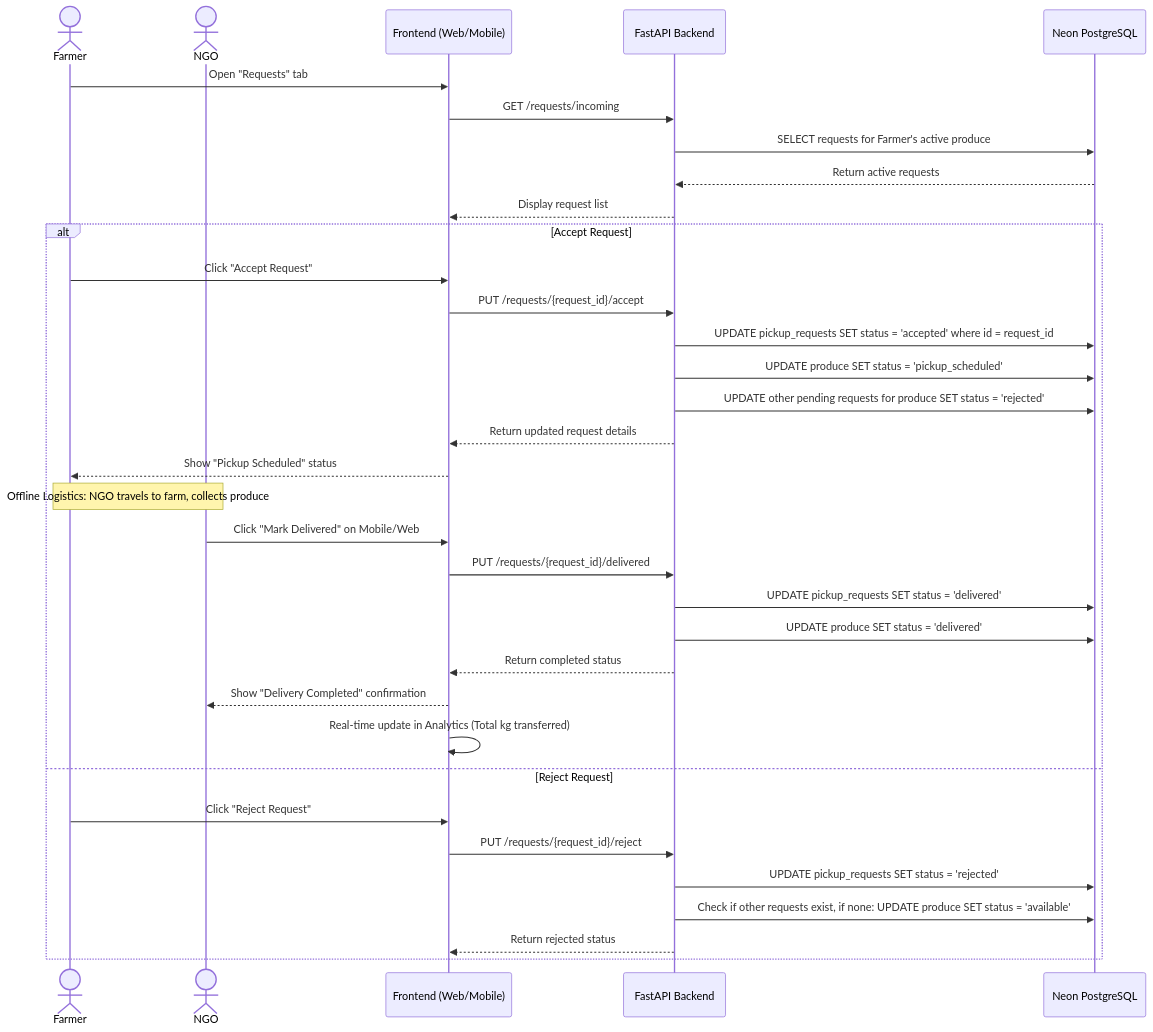
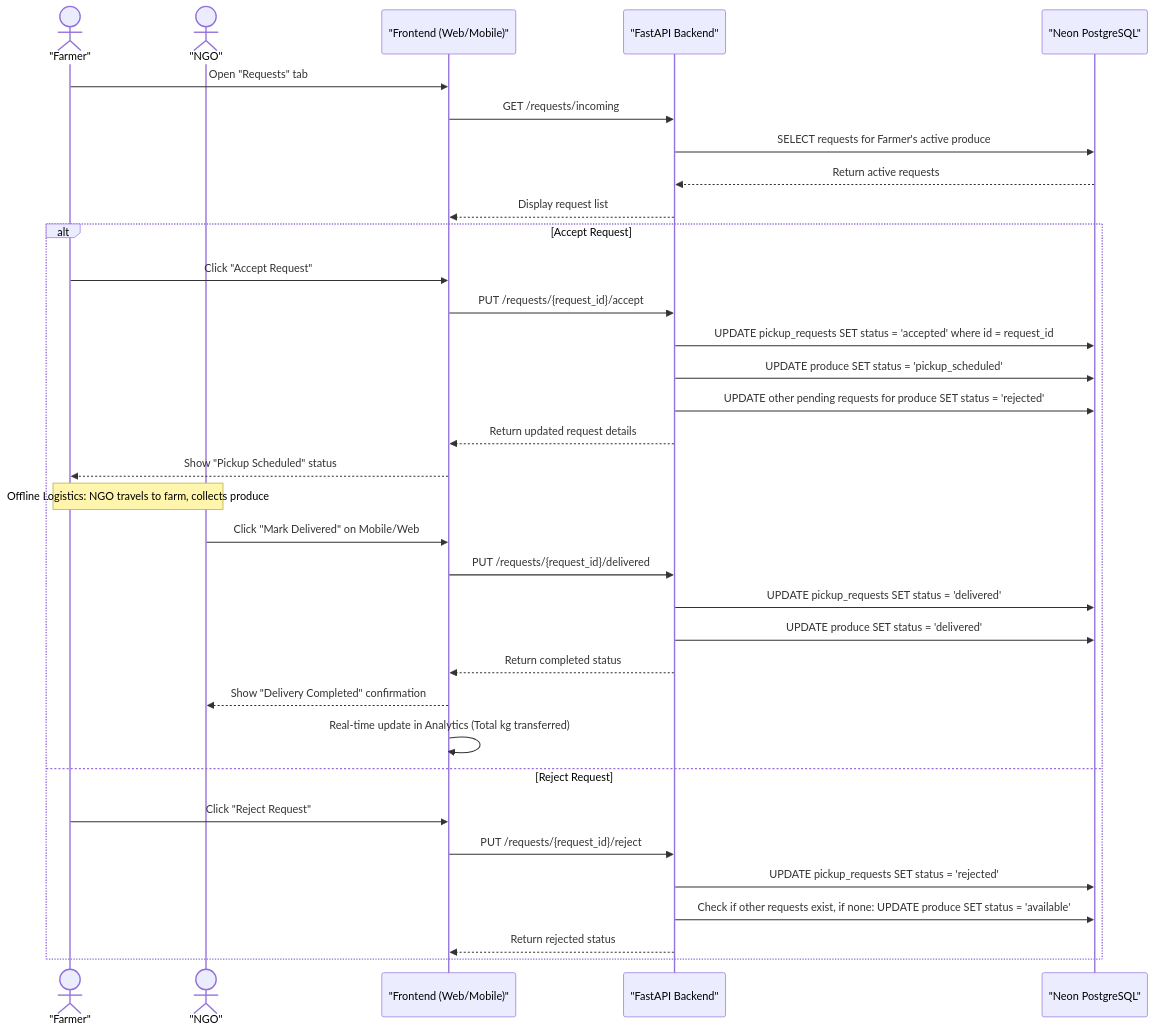
The fourth of 5 diagrams in project_overview_presentation.md (raza-shaikh-ai/Team-Core-4), drawn with Mermaid before and after one commit. The commit also changed other lines of this file and 19 other files, not shown here.

````diff
--- a/project_overview_presentation.md
+++ b/project_overview_presentation.md
@@ -180,40 +186,40 @@
 ```mermaid
 sequenceDiagram
-    actor Farmer
-    actor NGO
-    participant FE as Frontend (Web/Mobile)
-    participant BE as FastAPI Backend
-    participant DB as Neon PostgreSQL
+    actor Farmer as "Farmer"
+    actor NGO as "NGO"
+    participant FE as "Frontend (Web/Mobile)"
+    participant BE as "FastAPI Backend"
+    participant DB as "Neon PostgreSQL"
 
     Farmer->>FE: Open "Requests" tab
     FE->>BE: GET /requests/incoming
     BE->>DB: SELECT requests for Farmer's active produce
     DB-->>BE: Return active requests
     BE-->>FE: Display request list
     
     alt Accept Request
         Farmer->>FE: Click "Accept Request"
         FE->>BE: PUT /requests/{request_id}/accept
         BE->>DB: UPDATE pickup_requests SET status = 'accepted' where id = request_id
         BE->>DB: UPDATE produce SET status = 'pickup_scheduled'
         BE->>DB: UPDATE other pending requests for produce SET status = 'rejected'
         BE-->>FE: Return updated request details
         FE-->>Farmer: Show "Pickup Scheduled" status
         
         Note over NGO, Farmer: Offline Logistics: NGO travels to farm, collects produce
         
         NGO->>FE: Click "Mark Delivered" on Mobile/Web
         FE->>BE: PUT /requests/{request_id}/delivered
         BE->>DB: UPDATE pickup_requests SET status = 'delivered'
         BE->>DB: UPDATE produce SET status = 'delivered'
         BE-->>FE: Return completed status
         FE-->>NGO: Show "Delivery Completed" confirmation
         FE->>FE: Real-time update in Analytics (Total kg transferred)
     else Reject Request
         Farmer->>FE: Click "Reject Request"
         FE->>BE: PUT /requests/{request_id}/reject
         BE->>DB: UPDATE pickup_requests SET status = 'rejected'
         BE->>DB: Check if other requests exist, if none: UPDATE produce SET status = 'available'
         BE-->>FE: Return rejected status
     end
 ```
````
